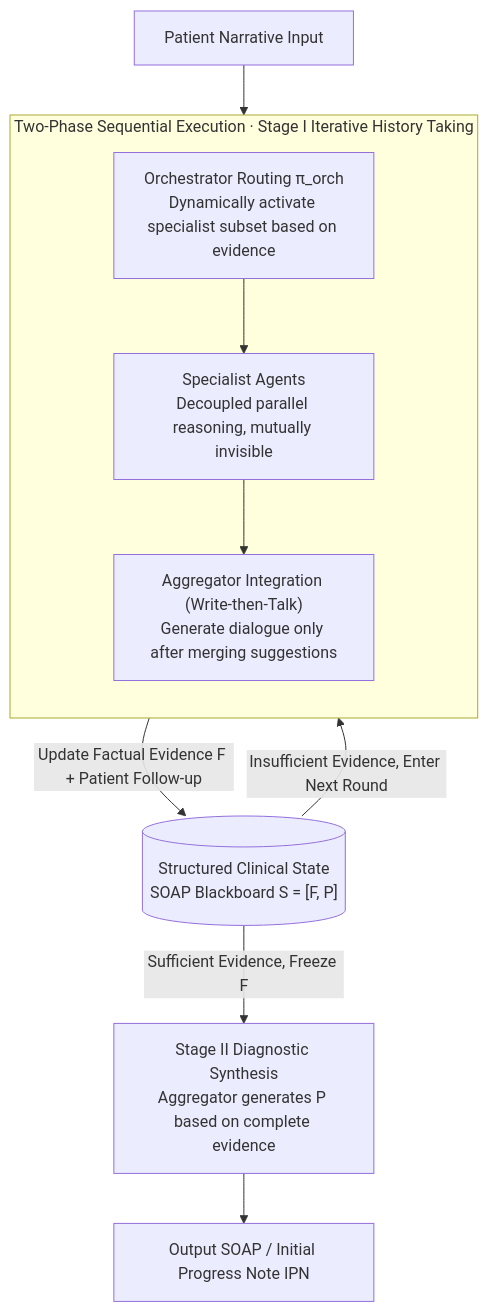
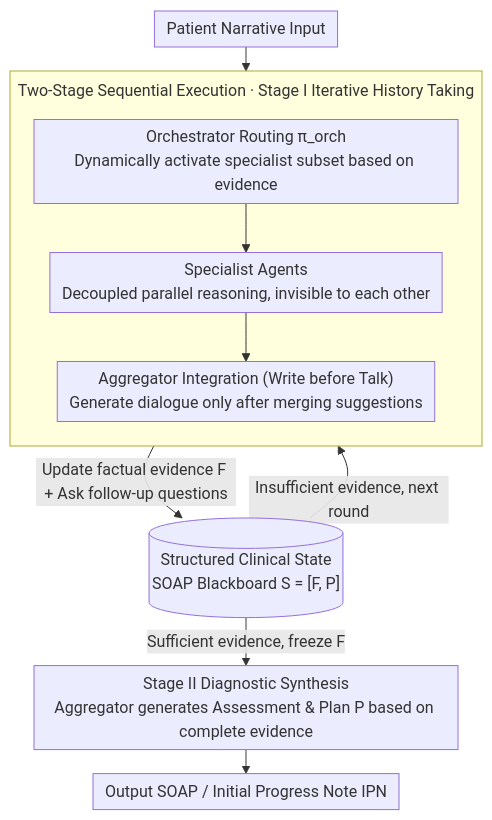
One commit to zhaoyang97/Paper-Notes-en changed the diagram in docs/ACL2026/medical_nlp/beyond_the_individual_virtualizing_multi-disciplinary_reasoning_for_clinical_int.md. Above: the diagram before and after it, drawn with Mermaid. The commit also changed other lines of this file and 5084 other files, not shown here.

````diff
--- a/docs/ACL2026/medical_nlp/beyond_the_individual_virtualizing_multi-disciplinary_reasoning_for_clinical_int.md
+++ b/docs/ACL2026/medical_nlp/beyond_the_individual_virtualizing_multi-disciplinary_reasoning_for_clinical_int.md
@@ -43,15 +43,16 @@
 ```mermaid
-graph TD
+%%{init: {'flowchart': {'rankSpacing': 24, 'nodeSpacing': 28, 'padding': 6, 'wrappingWidth': 400, 'subGraphTitleMargin': {'top': 8, 'bottom': 16}}}}%%
+flowchart TD
     A["Patient Narrative Input"] --> ORCH
-    subgraph STAGE1["Two-Phase Sequential Execution · Stage I Iterative History Taking"]
+    subgraph STAGE1["Two-Stage Sequential Execution · Stage I Iterative History Taking"]
         direction TB
         ORCH["Orchestrator Routing π_orch<br/>Dynamically activate specialist subset based on evidence"]
-        SPEC["Specialist Agents<br/>Decoupled parallel reasoning, mutually invisible"]
-        AGG["Aggregator Integration (Write-then-Talk)<br/>Generate dialogue only after merging suggestions"]
+        SPEC["Specialist Agents<br/>Decoupled parallel reasoning, invisible to each other"]
+        AGG["Aggregator Integration (Write before Talk)<br/>Generate dialogue only after merging suggestions"]
         ORCH --> SPEC --> AGG
     end
-    AGG -->|Update Factual Evidence F + Patient Follow-up| BB[("Structured Clinical State<br/>SOAP Blackboard S = [F, P]")]
-    BB -->|Insufficient Evidence, Enter Next Round| ORCH
-    BB -->|Sufficient Evidence, Freeze F| SYN["Stage II Diagnostic Synthesis<br/>Aggregator generates P based on complete evidence"]
+    AGG -->|Update factual evidence F + Ask follow-up questions| BB[("Structured Clinical State<br/>SOAP Blackboard S = [F, P]")]
+    BB -->|Insufficient evidence, next round| ORCH
+    BB -->|Sufficient evidence, freeze F| SYN["Stage II Diagnostic Synthesis<br/>Aggregator generates Assessment & Plan P based on complete evidence"]
     SYN --> OUT["Output SOAP / Initial Progress Note IPN"]
 ```
````
